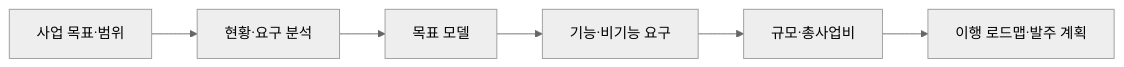
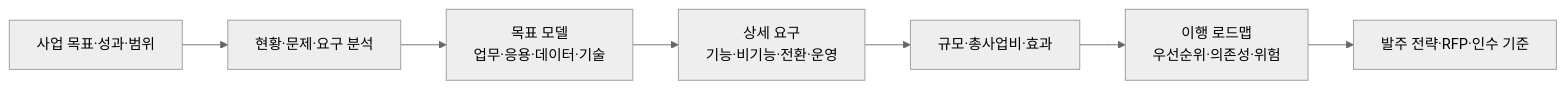
The first of 2 diagrams in src/content/docs/notes/03-software/187_ismp.md (agnusdei1207/knowledge-base), drawn with Mermaid (neutral theme) before and after one commit. The commit also changed other lines of this file and 12 other files, not shown here.

````diff
--- a/src/content/docs/notes/03-software/187_ismp.md
+++ b/src/content/docs/notes/03-software/187_ismp.md
@@ -49,8 +55,9 @@
 ```mermaid
 flowchart LR
-    S[사업 목표·범위] --> A[현황·요구 분석]
-    A --> T[목표 모델]
-    T --> F[기능·비기능 요구]
-    F --> Z[규모·총사업비]
-    Z --> R[이행 로드맵·발주 계획]
+    G["사업 목표·성과·범위"] --> A["현황·문제·요구 분석"]
+    A --> T["목표 모델<br/>업무·응용·데이터·기술"]
+    T --> R["상세 요구<br/>기능·비기능·전환·운영"]
+    R --> C["규모·총사업비·효과"]
+    C --> M["이행 로드맵<br/>우선순위·의존성·위험"]
+    M --> P["발주 전략·RFP·인수 기준"]
 ```
````
